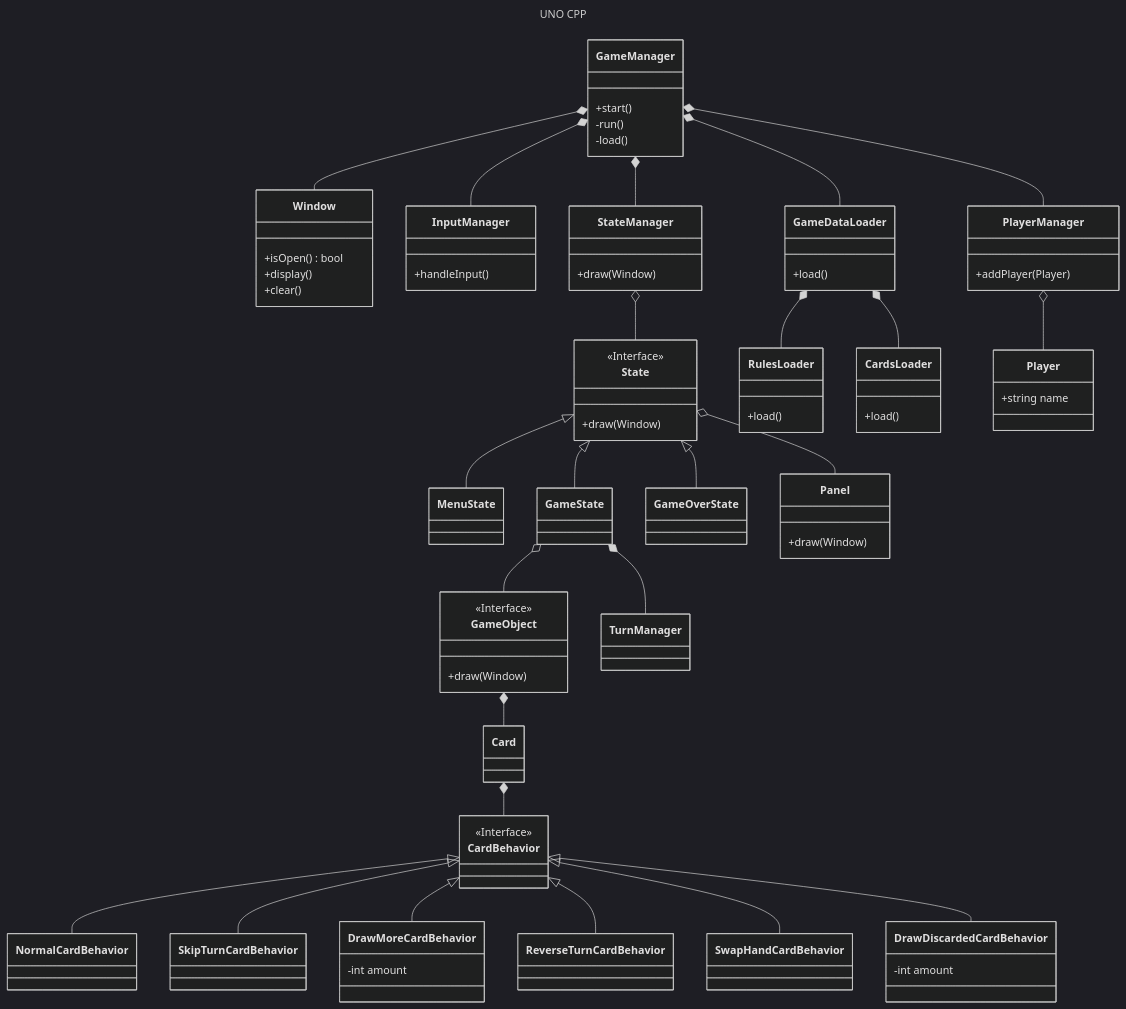
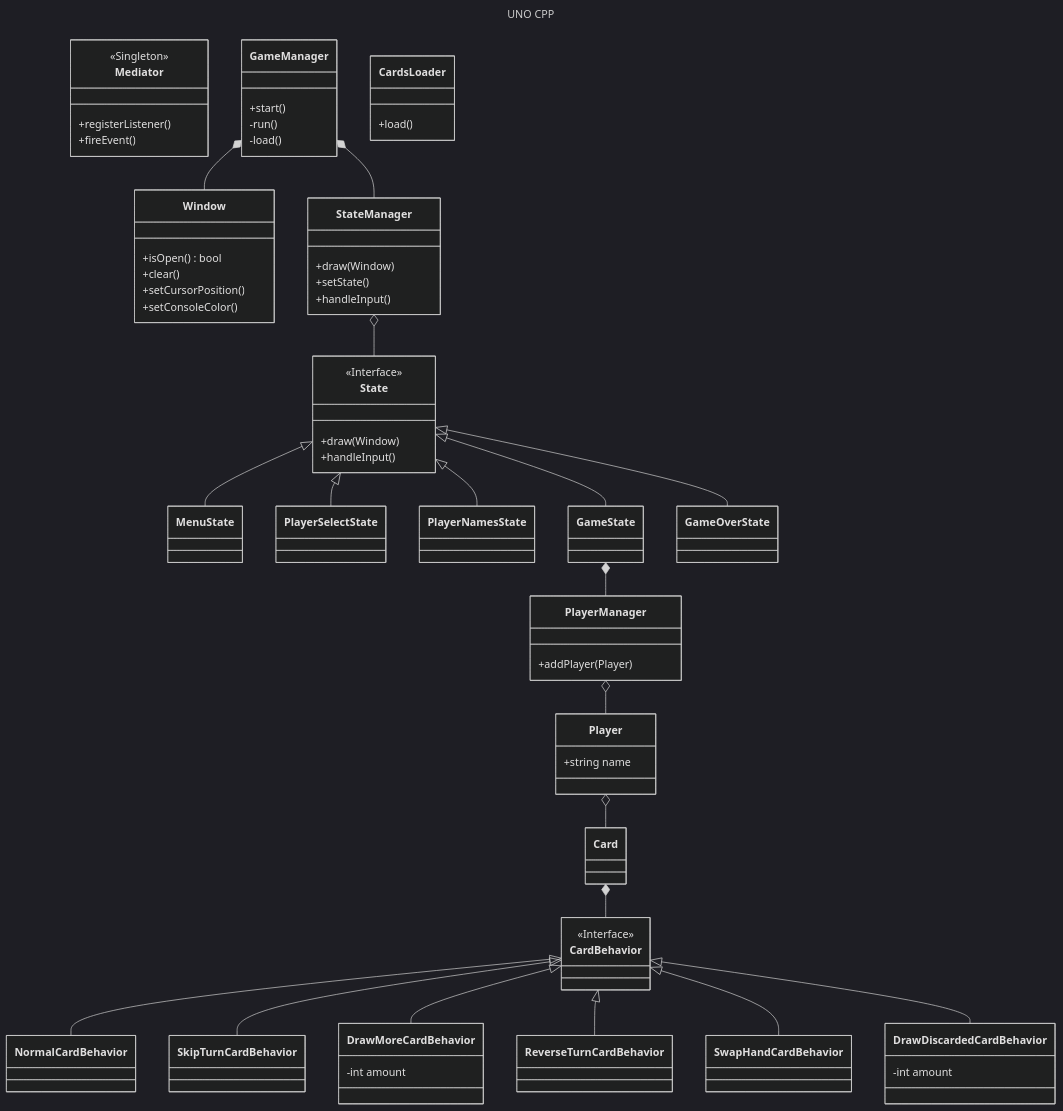
The diagram in README.md (rafael-f/simpleunocpp), drawn with Mermaid (dark theme) before and after one commit.

Commit message:
Update README.md
Updated UML

````diff
--- a/README.md
+++ b/README.md
@@ -6,6 +6,12 @@
 title: UNO CPP
 ---
 classDiagram
+
+	class Mediator {
+		<<Singleton>>
+		+registerListener()
+		+fireEvent()
+	}
 
     class GameManager {
         +start()        
@@ -13,53 +19,43 @@
         -load()
     }
 
+	GameManager *-- Window
+    GameManager *-- StateManager
+
     class Window {
         +isOpen() bool
-        +display()
         +clear()
-    }
-
-    class InputManager {
-        +handleInput()
+		+setCursorPosition()
+		+setConsoleColor()
     }
 
     class StateManager {
         +draw(Window)
+		+setState()
+		+handleInput()
     }
+	
+	StateManager o-- State
 
     class State {
         <<Interface>>
         +draw(Window)
+		+handleInput()
     }
 
-    class MenuState {
-    }
-
+	State <|-- MenuState
+    State <|-- PlayerSelectState
+	State <|-- PlayerNamesState
+	State <|-- GameState
+    State <|-- GameOverState
+	
     class GameState {
     }
 
-    class GameOverState {
-    }
-
-    class GameDataLoader {
-        +load()
-    }
-
-    class RulesLoader {
-        +load()
-    }
+    GameState *-- PlayerManager
 
     class CardsLoader {
         +load()
-    }
-
-    class Panel {
-        +draw(Window)
-    }
-
-    class GameObject {
-        <<Interface>>
-        +draw(Window)
     }
 
     class Card {
@@ -69,11 +65,10 @@
         +string name
     }
 
+    Player o-- Card
+
     class PlayerManager {
         +addPlayer(Player)
-    }
-
-    class TurnManager {
     }
 
     class CardBehavior {
@@ -111,27 +106,4 @@
 
     PlayerManager o-- Player
 
-    GameObject *-- Card
-
-    GameState o-- GameObject
-
-    State o-- Panel
-
-    GameDataLoader *-- RulesLoader
-    GameDataLoader *-- CardsLoader
-
-    GameManager *-- InputManager
-    GameManager *-- Window
-    GameManager *-- StateManager
-    GameManager *-- GameDataLoader
-    GameManager *-- PlayerManager
-
-    StateManager o-- State
-
-    State <|-- MenuState
-    State <|-- GameState
-    State <|-- GameOverState
-
-    GameState *-- TurnManager
-
 ```
````
